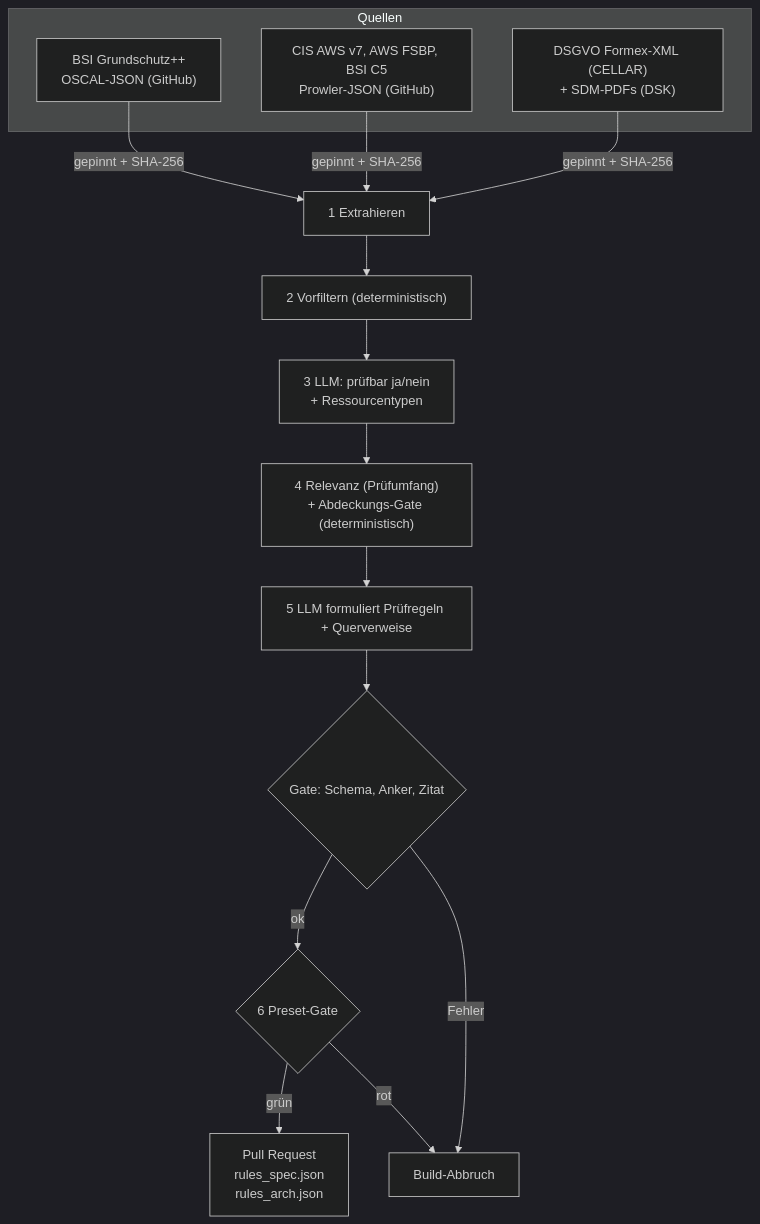
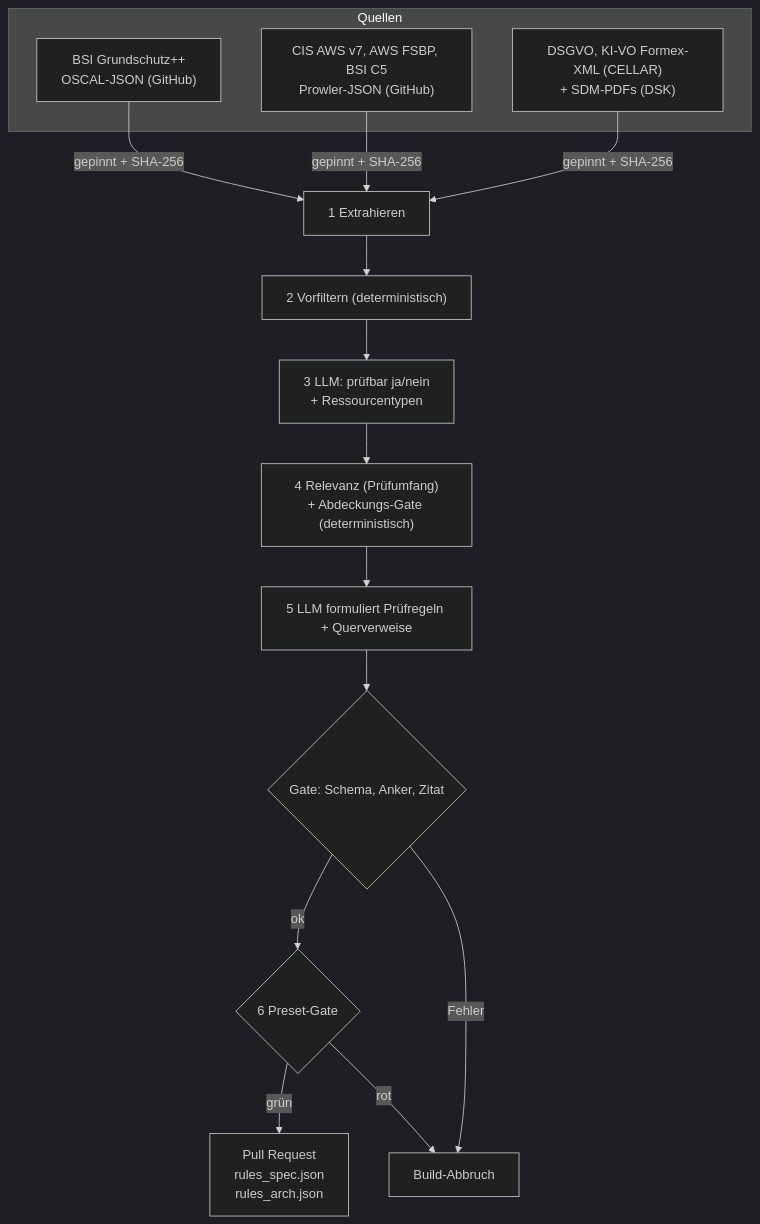
Before and after one commit to Daniel74/GovGuard: the first of 4 diagrams in docs/ARCHITECTURE.md, drawn with Mermaid (dark theme). The commit also changed other lines of this file and 34 other files, not shown here.

````diff
--- a/docs/ARCHITECTURE.md
+++ b/docs/ARCHITECTURE.md
@@ -21,18 +21,18 @@
 ```mermaid
 flowchart TD
   subgraph Q[Quellen]
     BSI["BSI Grundschutz++<br/>OSCAL-JSON (GitHub)"]
     CIS["CIS AWS v7, AWS FSBP, BSI C5<br/>Prowler-JSON (GitHub)"]
-    DS["DSGVO Formex-XML (CELLAR)<br/>+ SDM-PDFs (DSK)"]
+    DS["DSGVO, KI-VO Formex-XML (CELLAR)<br/>+ SDM-PDFs (DSK)"]
   end
   BSI & CIS & DS -->|"gepinnt + SHA-256"| E["1 Extrahieren"]
   E --> F["2 Vorfiltern (deterministisch)"]
   F --> K["3 LLM: prüfbar ja/nein<br/>+ Ressourcentypen"]
   K --> R["4 Relevanz (Prüfumfang)<br/>+ Abdeckungs-Gate (deterministisch)"]
   R --> P["5 LLM formuliert Prüfregeln + Querverweise"]
   P --> G1{"Gate: Schema, Anker, Zitat"}
   G1 -->|ok| PR{"6 Preset-Gate"}
   PR -->|grün| KB["Pull Request<br/>rules_spec.json<br/>rules_arch.json"]
   G1 -->|Fehler| X["Build-Abbruch"]
   PR -->|rot| X
 ```
````
